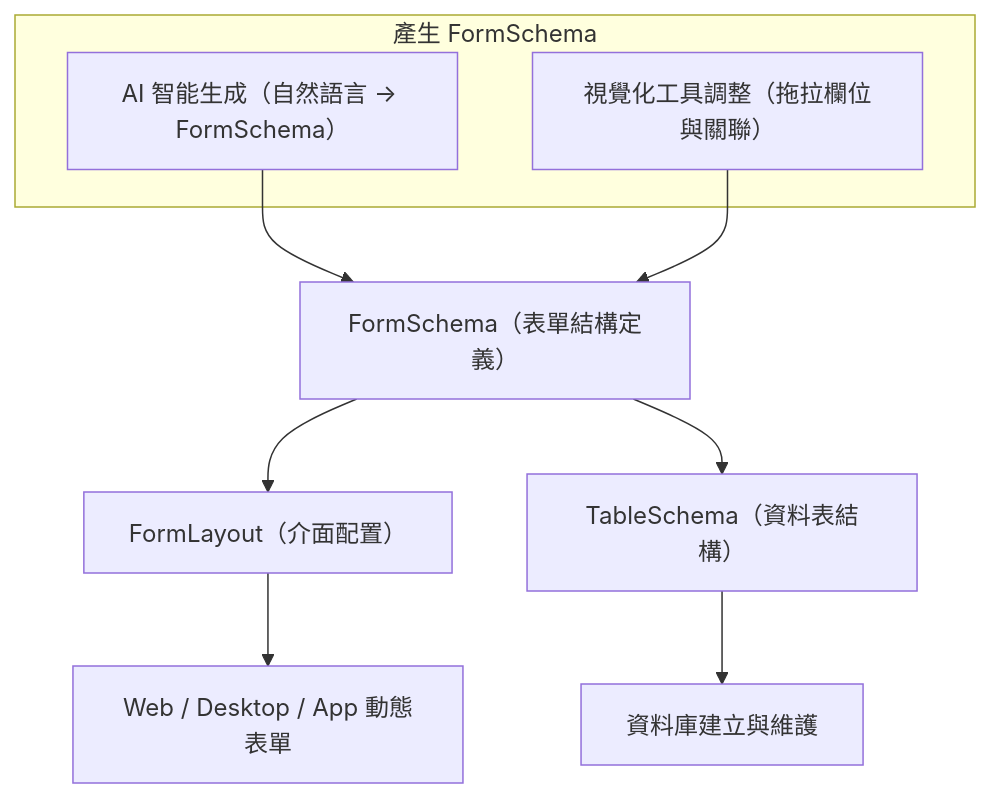
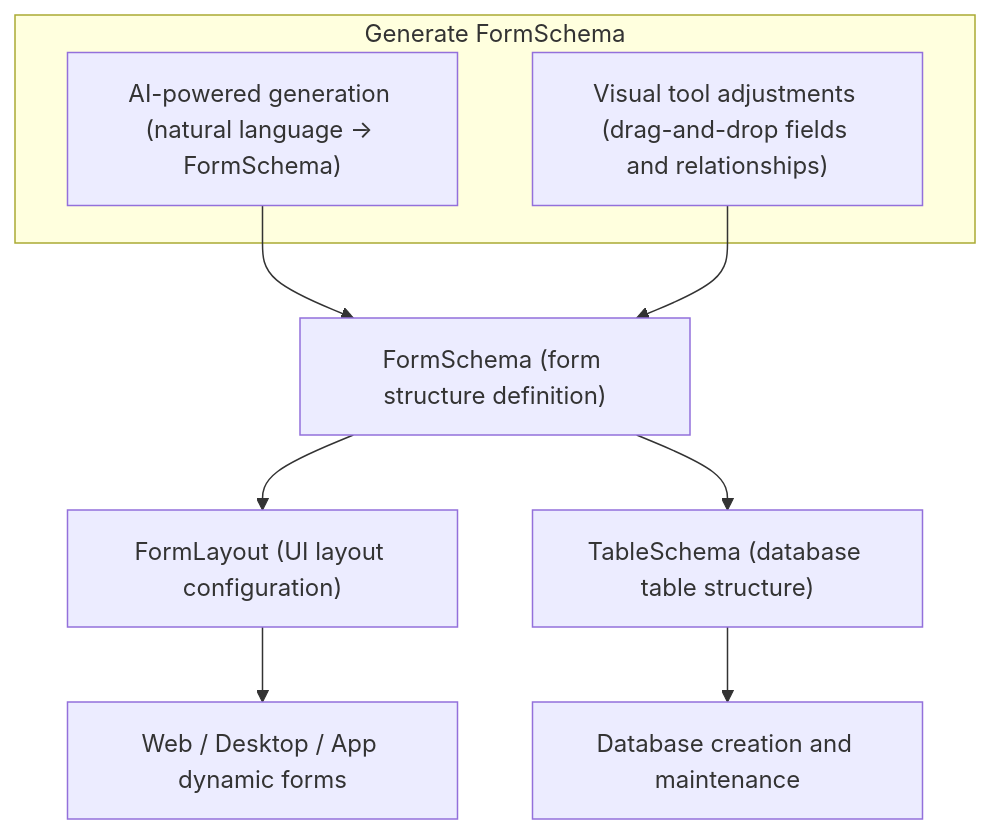
One commit to jeff377/bee-library changed the first of 2 diagrams in docs/architecture-overview.md. Above: the diagram before and after it, drawn with Mermaid. The commit also changed other lines of this file and 1 other file, not shown here.

First line of the commit message:
docs: add English architecture overview, rename Chinese to zh-TW

````diff
--- a/docs/architecture-overview.md
+++ b/docs/architecture-overview.md
@@ -92,16 +94,16 @@
 ```mermaid
 graph TD
-    subgraph 產生 FormSchema
-        A1["AI 智能生成（自然語言 → FormSchema）"]
-        A2["視覺化工具調整（拖拉欄位與關聯）"]
+    subgraph Generate FormSchema
+        A1["AI-powered generation (natural language -> FormSchema)"]
+        A2["Visual tool adjustments (drag-and-drop fields and relationships)"]
     end
 
-    A1 --> FD["FormSchema（表單結構定義）"]
+    A1 --> FD["FormSchema (form structure definition)"]
     A2 --> FD
 
-    FD --> FL["FormLayout（介面配置）"]
-    FD --> DT["TableSchema（資料表結構）"]
+    FD --> FL["FormLayout (UI layout configuration)"]
+    FD --> DT["TableSchema (database table structure)"]
 
-    FL --> UI["Web / Desktop / App 動態表單"]
-    DT --> DB["資料庫建立與維護"]
+    FL --> UI["Web / Desktop / App dynamic forms"]
+    DT --> DB["Database creation and maintenance"]
 ```
````
